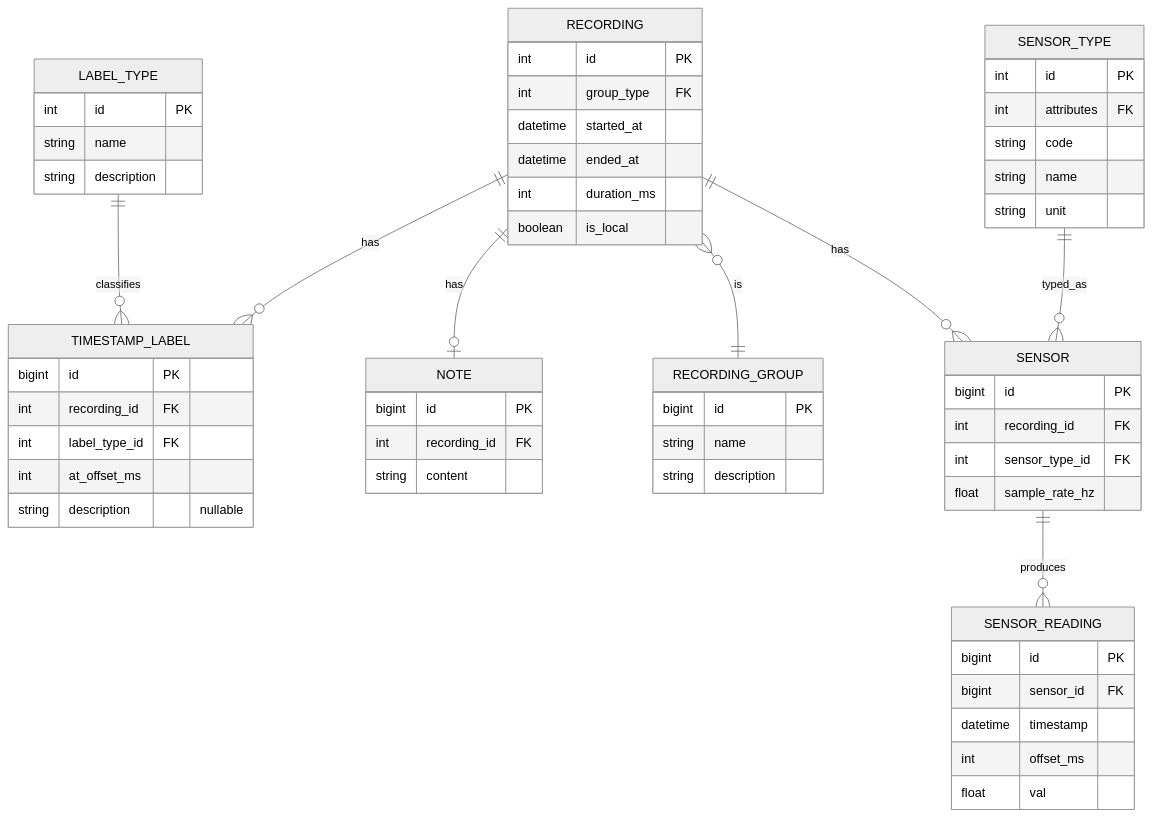
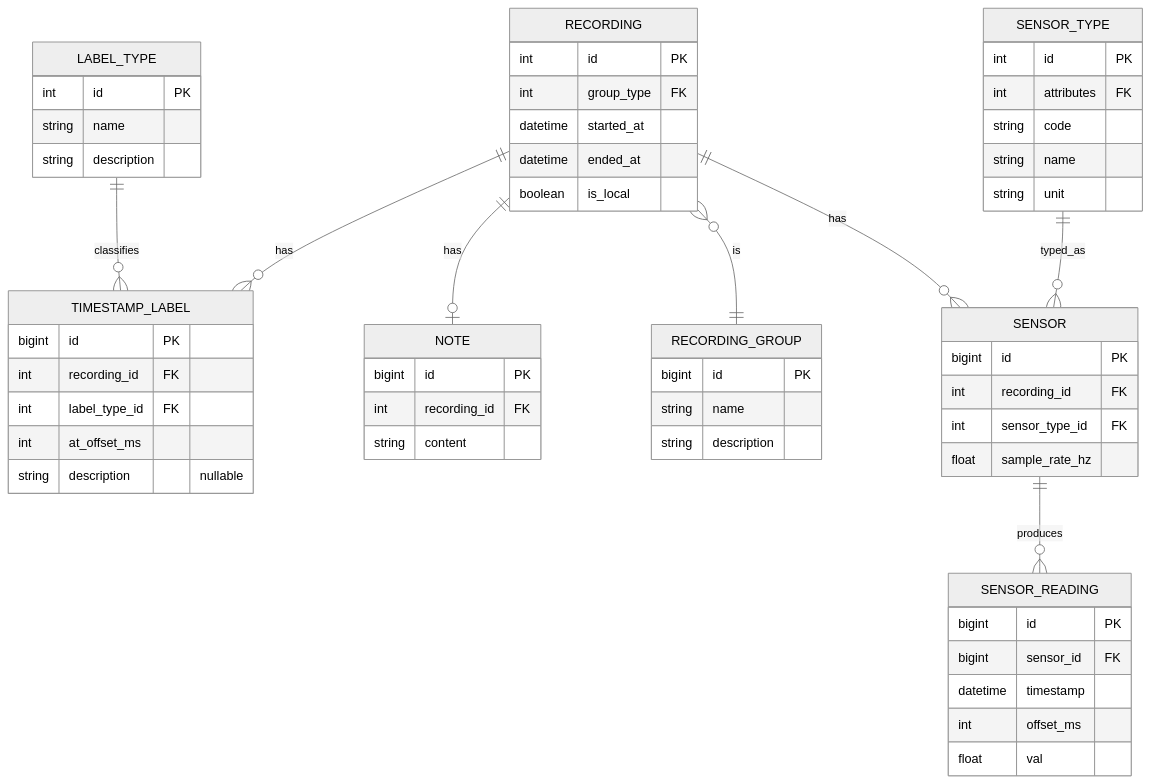
Before and after one commit to PrzemyslawBorczak1/TupTup: the diagram in labs/TupTrack/docs/db-schema.md, drawn with Mermaid (neutral theme). The commit also changed other lines of this file, not shown here.

Commit message:
Deleted reapting data

````diff
--- a/labs/TupTrack/docs/db-schema.md
+++ b/labs/TupTrack/docs/db-schema.md
@@ -4,68 +4,67 @@
 ```mermaid
 erDiagram
     RECORDING ||--o{ TIMESTAMP_LABEL : has
     RECORDING ||--o| NOTE : has
     RECORDING }o--|| RECORDING_GROUP : is
     LABEL_TYPE ||--o{ TIMESTAMP_LABEL : classifies
     RECORDING ||--o{ SENSOR : has
     SENSOR_TYPE ||--o{ SENSOR : typed_as
     SENSOR ||--o{ SENSOR_READING : produces
 
     RECORDING {
         int id PK
         int group_type FK
         datetime started_at
         datetime ended_at
-        int duration_ms
         boolean is_local
     }
 
     SENSOR {
         bigint id PK
         int recording_id FK
         int sensor_type_id FK
         float sample_rate_hz
     }
 
     SENSOR_TYPE {
         int id PK
         int attributes FK
         string code
         string name
         string unit
     }
 
     SENSOR_READING {
         bigint id PK
         bigint sensor_id FK
         datetime timestamp
         int offset_ms
         float val
     }
 
     LABEL_TYPE {
         int id PK
         string name
         string description
     }
 
     TIMESTAMP_LABEL {
         bigint id PK
         int recording_id FK
         int label_type_id FK
         int at_offset_ms
         string description "nullable"
     }
 
     NOTE {
         bigint id PK
         int recording_id FK
         string content
     }
 
     RECORDING_GROUP{
         bigint id PK
         string name
         string description
     }
 ```
````
